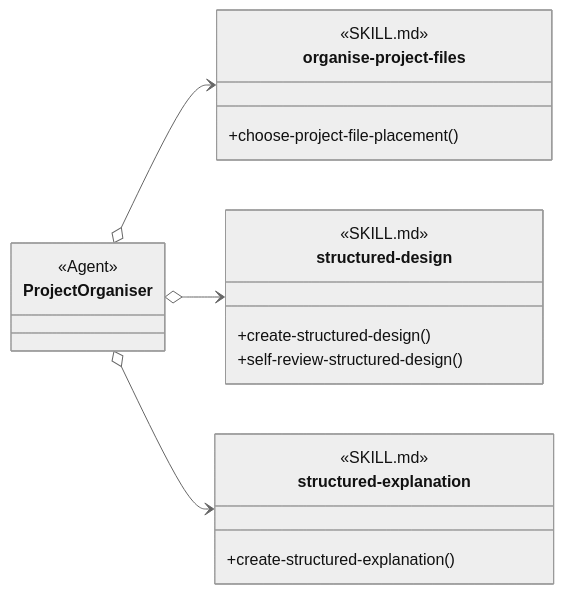
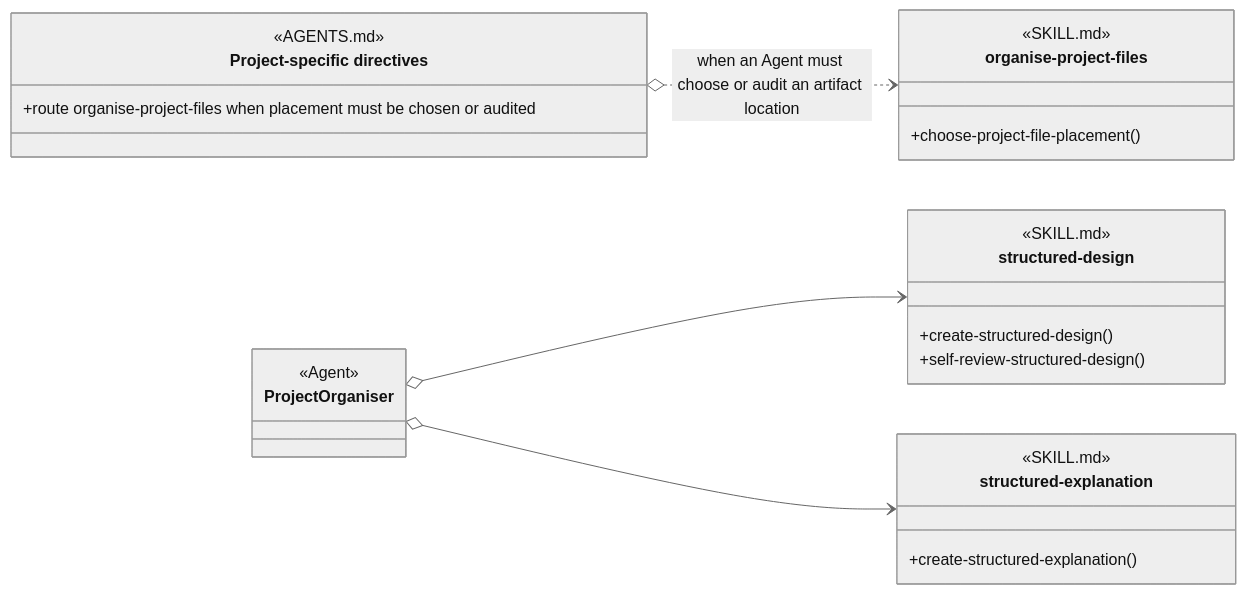
One commit to martinbechard/dev-methodology changed the third of 5 diagrams in design/agents/baseline-development.md. Above: the diagram before and after it, drawn with Mermaid (neutral theme). The commit also changed other lines of this file and 140 other files, not shown here.

Commit message:
Route shared Agent skills through project guidance

````diff
--- a/design/agents/baseline-development.md
+++ b/design/agents/baseline-development.md
@@ -128,31 +121,37 @@
 ```mermaid
 classDiagram
     direction LR
 
-    class ProjectOrganiser {
-        <<Agent>>
+    class project-specific-directives["Project-specific directives"] {
+        <<AGENTS.md>>
+        <<routing>>
+        +route organise-project-files when placement must be chosen or audited
     }
 
     class organise-project-files {
         <<SKILL.md>>
         <<Agent Skill>>
         +choose-project-file-placement()
     }
 
     class structured-design {
         <<SKILL.md>>
         <<Agent Skill>>
         +create-structured-design()
         +self-review-structured-design()
     }
 
     class structured-explanation {
         <<SKILL.md>>
         <<Agent Skill>>
         +create-structured-explanation()
     }
 
-    ProjectOrganiser o--> organise-project-files
+    class ProjectOrganiser {
+        <<Agent>>
+    }
+
+    project-specific-directives o..> organise-project-files : when an Agent must choose or audit an artifact location
     ProjectOrganiser o--> structured-design
     ProjectOrganiser o--> structured-explanation
 ```
````
